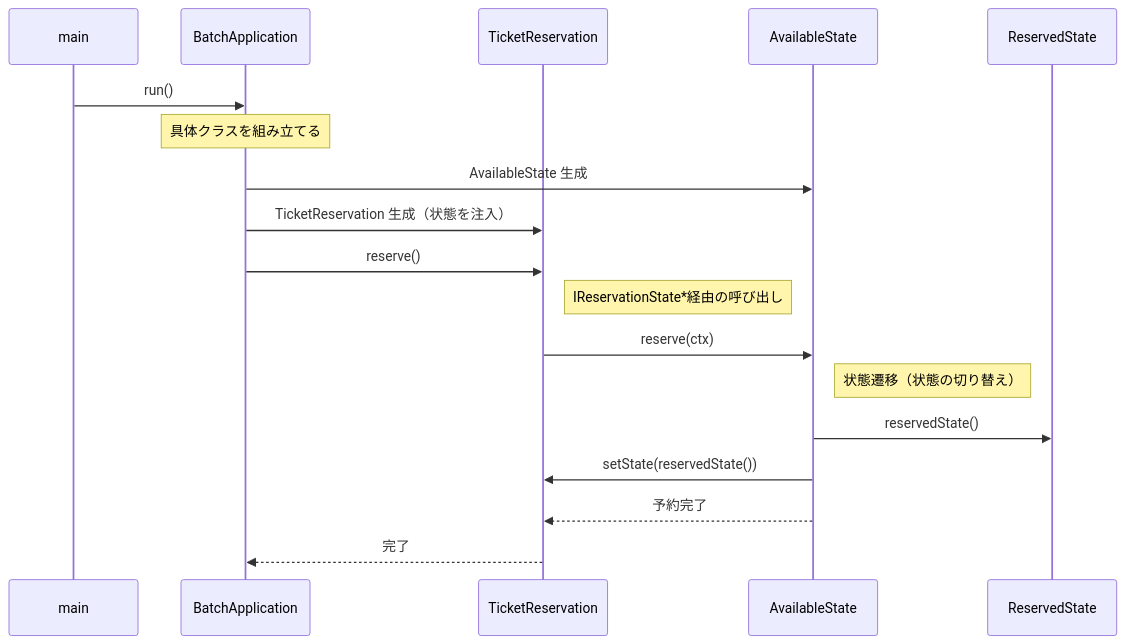
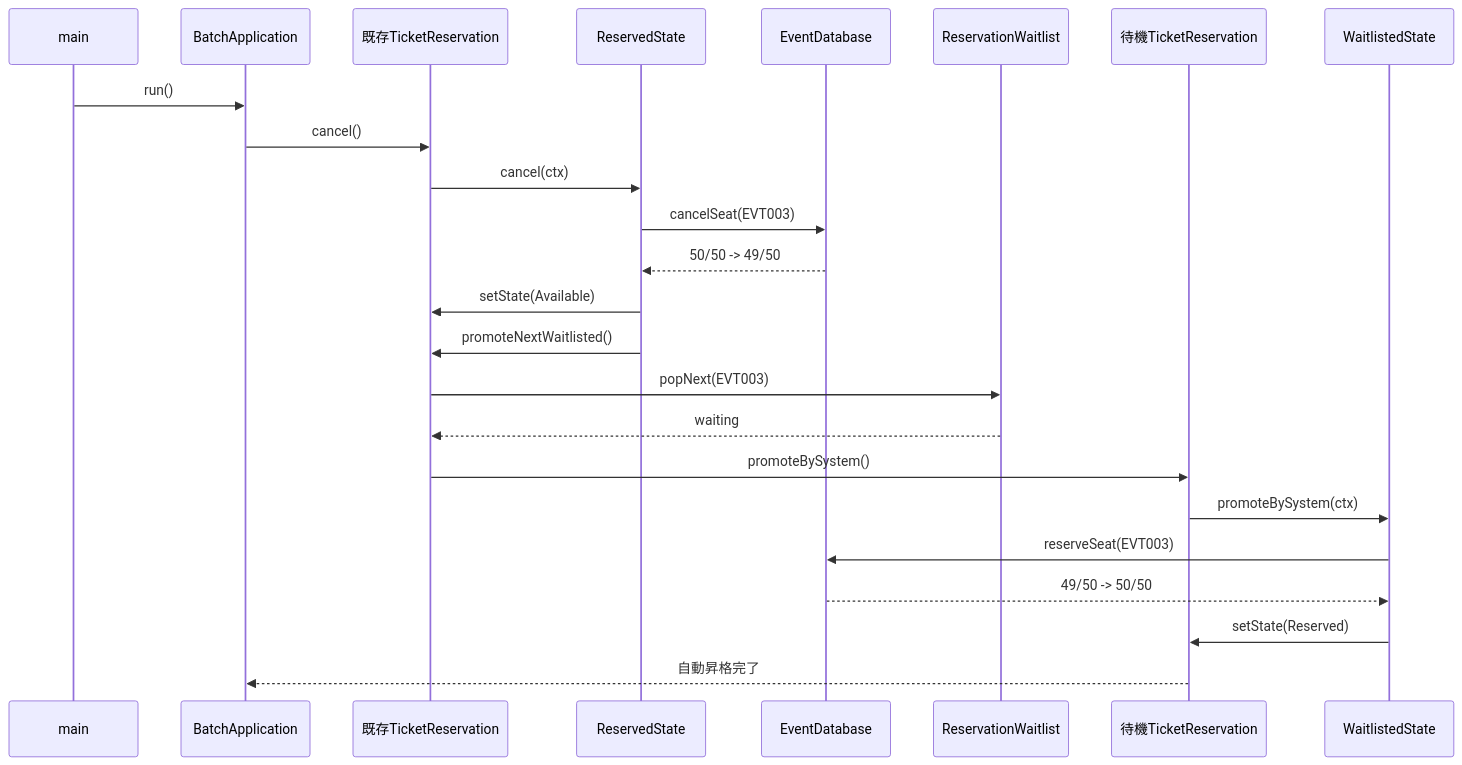
One commit to kumachan1101-pixel/DesignPattern changed diagram 12 of 16 in kindle/design-patterns/output/chapter03.md. Above: the diagram before and after it, drawn with Mermaid. The commit also changed other lines of this file and 19 other files, not shown here.

````diff
--- a/kindle/design-patterns/output/chapter03.md
+++ b/kindle/design-patterns/output/chapter03.md
@@ -2136,22 +2130,27 @@
 ```mermaid
 sequenceDiagram
     participant main
     participant BA as BatchApplication
-    participant TR as TicketReservation
-    participant AS as AvailableState
+    participant C as 既存TicketReservation
     participant RS as ReservedState
+    participant DB as EventDatabase
+    participant WQ as ReservationWaitlist
+    participant W as 待機TicketReservation
+    participant WS as WaitlistedState
 
     main->>BA: run()
-    Note over BA: 具体クラスを組み立てる
-    BA->>AS: AvailableState 生成
-    BA->>TR: TicketReservation 生成（状態を注入）
-
-    BA->>TR: reserve()
-    Note right of TR: IReservationState*経由の呼び出し
-    TR->>AS: reserve(ctx)
-    Note right of AS: 状態遷移（状態の切り替え）
-    AS->>RS: reservedState()
-    AS->>TR: setState(reservedState())
-    AS-->>TR: 予約完了
-    TR-->>BA: 完了
+    BA->>C: cancel()
+    C->>RS: cancel(ctx)
+    RS->>DB: cancelSeat(EVT003)
+    DB-->>RS: 50/50 -> 49/50
+    RS->>C: setState(Available)
+    RS->>C: promoteNextWaitlisted()
+    C->>WQ: popNext(EVT003)
+    WQ-->>C: waiting
+    C->>W: promoteBySystem()
+    W->>WS: promoteBySystem(ctx)
+    WS->>DB: reserveSeat(EVT003)
+    DB-->>WS: 49/50 -> 50/50
+    WS->>W: setState(Reserved)
+    W-->>BA: 自動昇格完了
 ```
````
